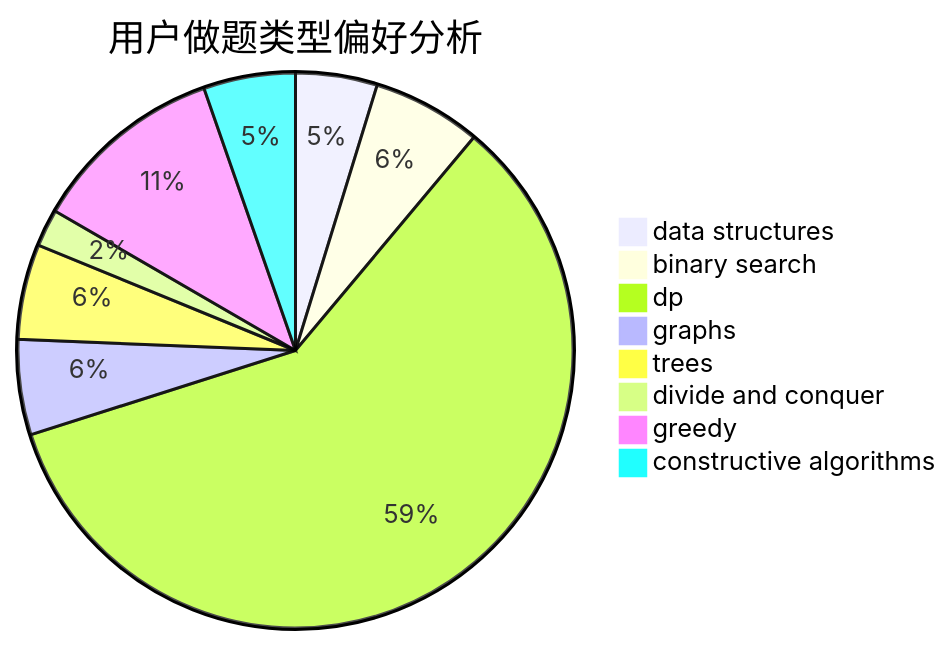
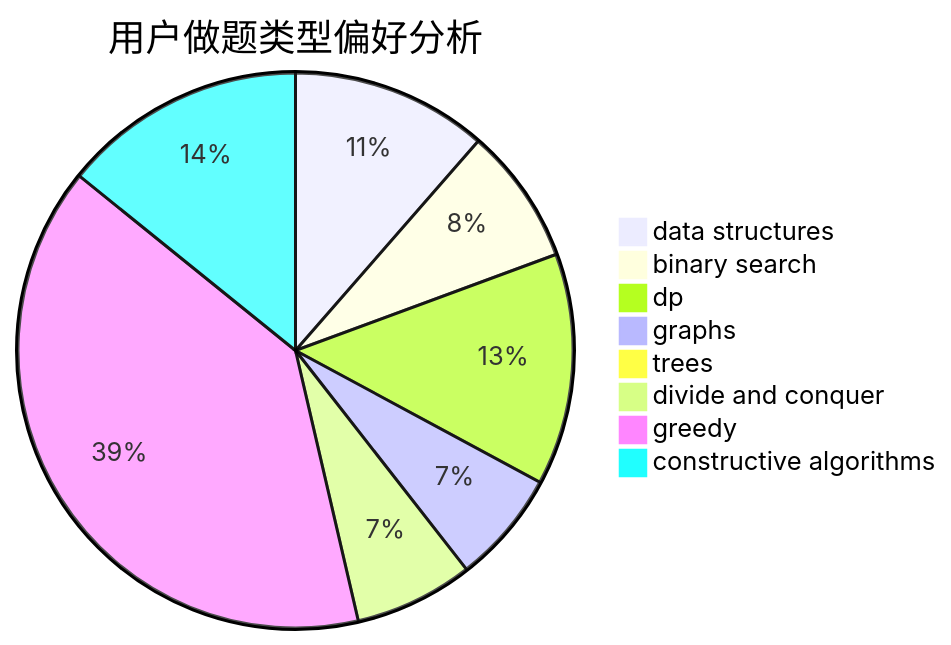
One commit to sherpahu/cfrs.github.io changed the second of 3 diagrams in docs/user/u2375.md. Above: the diagram before and after it, drawn with Mermaid. The commit also changed other lines of this file and 2770 other files, not shown here.

````diff
--- a/docs/user/u2375.md
+++ b/docs/user/u2375.md
@@ -23,11 +23,11 @@
 ```mermaid
 pie title 用户做题类型偏好分析
-    "data structures" :  24
-    "binary search" :  32
-    "dp" :  298
-    "graphs" :  28
-    "trees" :  28
-    "divide and conquer" :  11
-    "greedy" :  57
-    "constructive algorithms" :  27
+    "data structures" :  33
+    "binary search" :  23
+    "dp" :  39
+    "graphs" :  19
+    "trees" :  1
+    "divide and conquer" :  20
+    "greedy" :  114
+    "constructive algorithms" :  41
 ```
````
